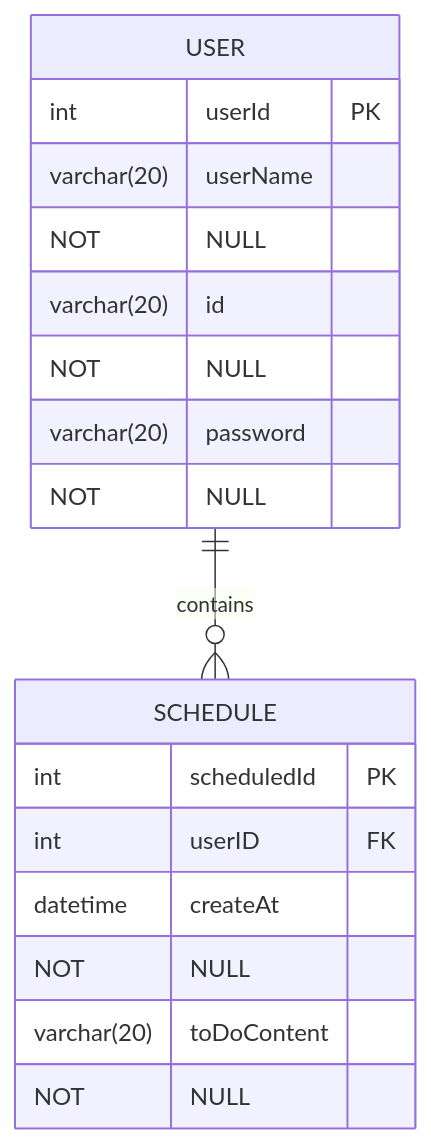
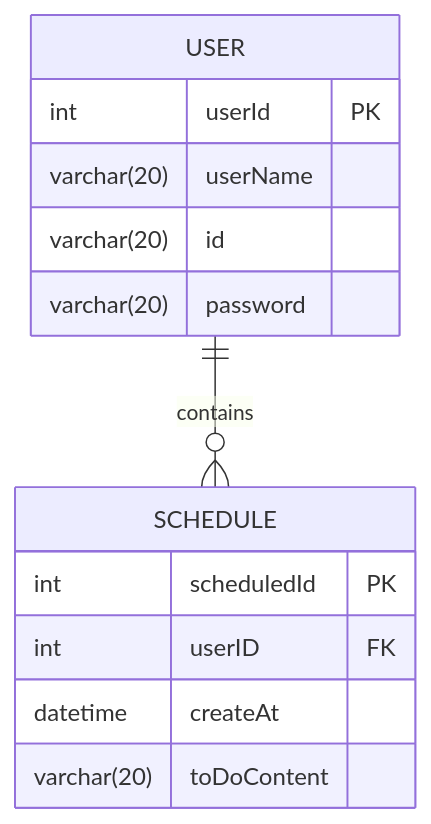
Before and after one commit to kimyongjun0129/schedule_web_project: the diagram in README.md, drawn with Mermaid.

Commit message:
NOT NULL 삭제 (인식 안됨)

````diff
--- a/README.md
+++ b/README.md
@@ -11,16 +11,16 @@
 ```mermaid
 erDiagram
     USER ||--o{ SCHEDULE : contains
     USER {
         int userId PK
-        varchar(20) userName NOT NULL
-        varchar(20) id NOT NULL
-        varchar(20) password NOT NULL
+        varchar(20) userName
+        varchar(20) id
+        varchar(20) password
     }
     SCHEDULE {
         int scheduledId PK
         int userID FK
-        datetime createAt NOT NULL
-        varchar(20) toDoContent  NOT NULL
+        datetime createAt
+        varchar(20) toDoContent
     }
 ```
````
